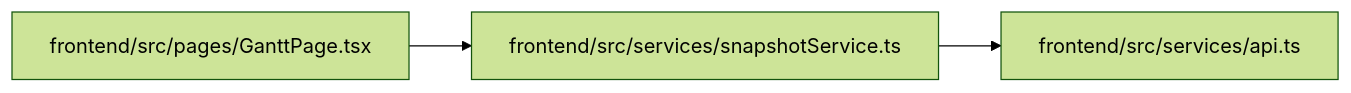
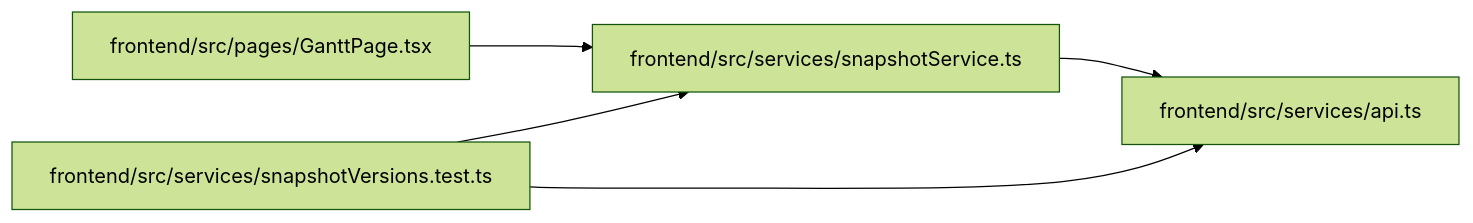
One commit to Denissvgn/WorkChord changed the diagram in docs/llm_wiki/modules/snapshotService.md. Above: the diagram before and after it, drawn with Mermaid (forest theme). The commit also changed other lines of this file and 10148 other files, not shown here.

````diff
--- a/docs/llm_wiki/modules/snapshotService.md
+++ b/docs/llm_wiki/modules/snapshotService.md
@@ -25,11 +25,15 @@
 ```mermaid
 flowchart LR
     n0["frontend/src/pages/GanttPage.tsx"]
     n1["frontend/src/services/api.ts"]
     n2["frontend/src/services/snapshotService.ts"]
+    n3["frontend/src/services/snapshotVersions.test.ts"]
     n0 --> n2
     n2 --> n1
+    n3 --> n1
+    n3 --> n2
     click n0 "../modules/GanttPage.md"
     click n1 "../modules/api.md"
     click n2 "../modules/snapshotService.md"
+    click n3 "../modules/snapshotVersions.test.md"
 ```
````
